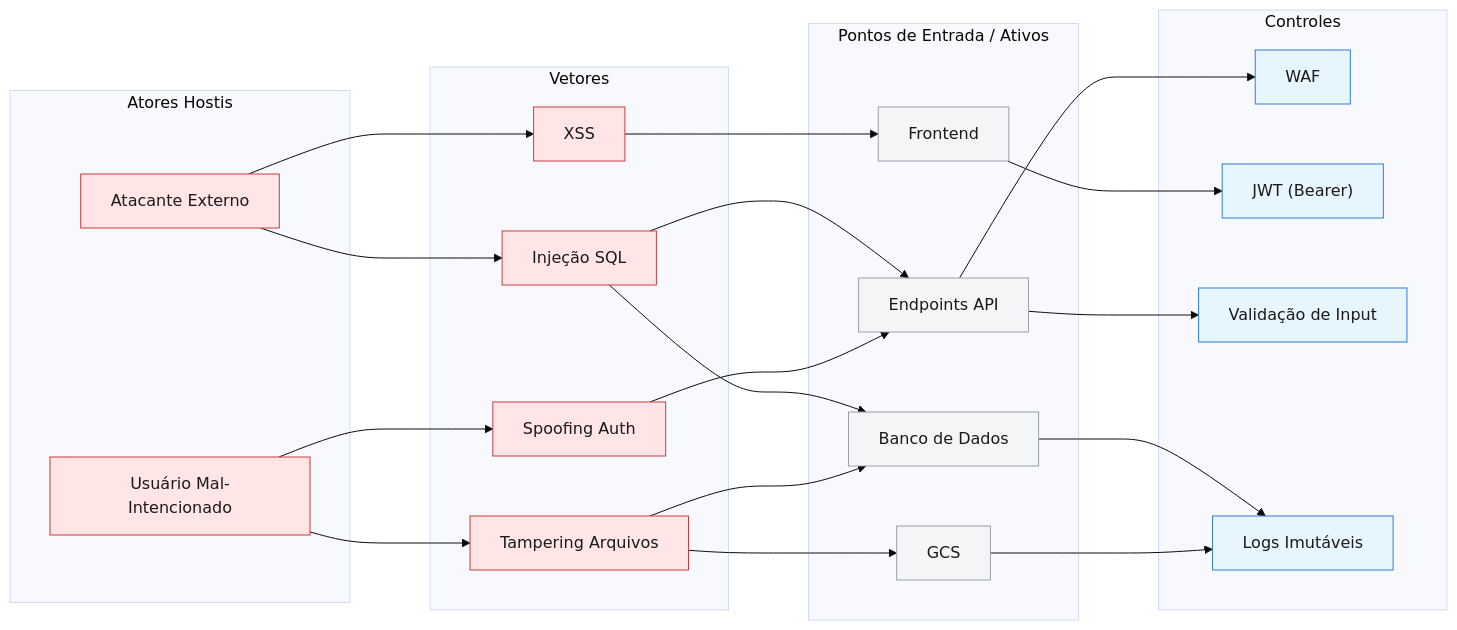
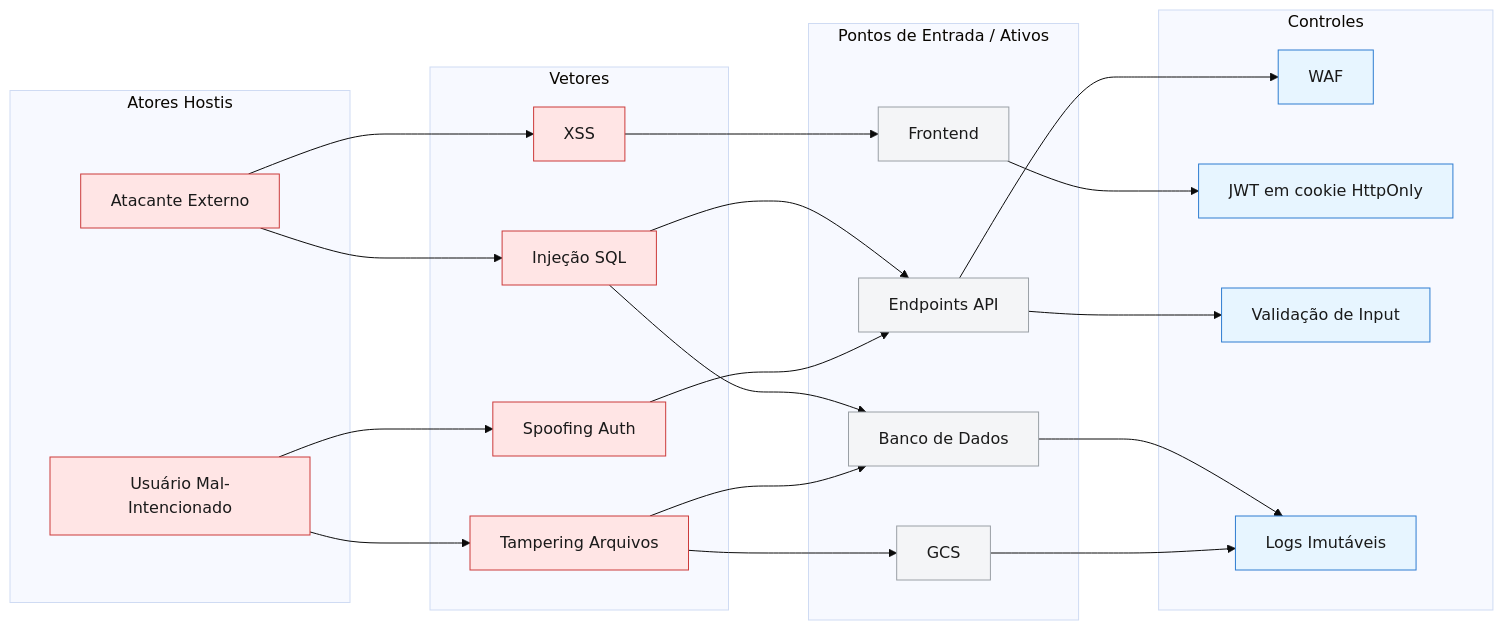
Before and after one commit to pedrohpsantos/EdTech: the second of 4 diagrams in docs/arquitetura/nuvem_e_seguranca/seguranca_app.md, drawn with Mermaid. The commit also changed other lines of this file and 10 other files, not shown here.

````diff
--- a/docs/arquitetura/nuvem_e_seguranca/seguranca_app.md
+++ b/docs/arquitetura/nuvem_e_seguranca/seguranca_app.md
@@ -54,54 +63,54 @@
 ```mermaid
 %%{init: {"theme": "base", "flowchart": {"nodeSpacing": 60, "rankSpacing": 80, "curve": "basis"}}}%%
 flowchart LR
     subgraph Atores["Atores Hostis"]
         AE["Atacante Externo"]
         UM["Usuário Mal-Intencionado"]
     end
 
     subgraph Vetores["Vetores"]
         SQL["Injeção SQL"]
         XSS["XSS"]
         SP["Spoofing Auth"]
         TAM["Tampering Arquivos"]
     end
 
     subgraph Ativos["Pontos de Entrada / Ativos"]
         FE["Frontend"]
         API["Endpoints API"]
         DB["Banco de Dados"]
         GCS["GCS"]
     end
 
     subgraph Controles["Controles"]
         WAF["WAF"]
-        JWT["JWT (Bearer)"]
+    JWT["JWT em cookie HttpOnly"]
         VAL["Validação de Input"]
         LOG["Logs Imutáveis"]
     end
 
     AE --> SQL
     AE --> XSS
     UM --> SP
     UM --> TAM
 
     SQL --> API
     SQL --> DB
     XSS --> FE
     SP --> API
     TAM --> DB
     TAM --> GCS
 
     FE --> JWT
     API --> WAF
     API --> VAL
     DB --> LOG
     GCS --> LOG
 
     classDef threat fill:#ffe5e5,stroke:#cc3b3b,color:#1a1a1a;
     classDef asset fill:#f4f5f7,stroke:#9aa0a6,color:#1a1a1a;
     classDef control fill:#e7f5ff,stroke:#2f7dd1,color:#1a1a1a;
     class AE,UM,SQL,XSS,SP,TAM threat;
     class FE,API,DB,GCS asset;
     class WAF,JWT,VAL,LOG control;
 ```
````
